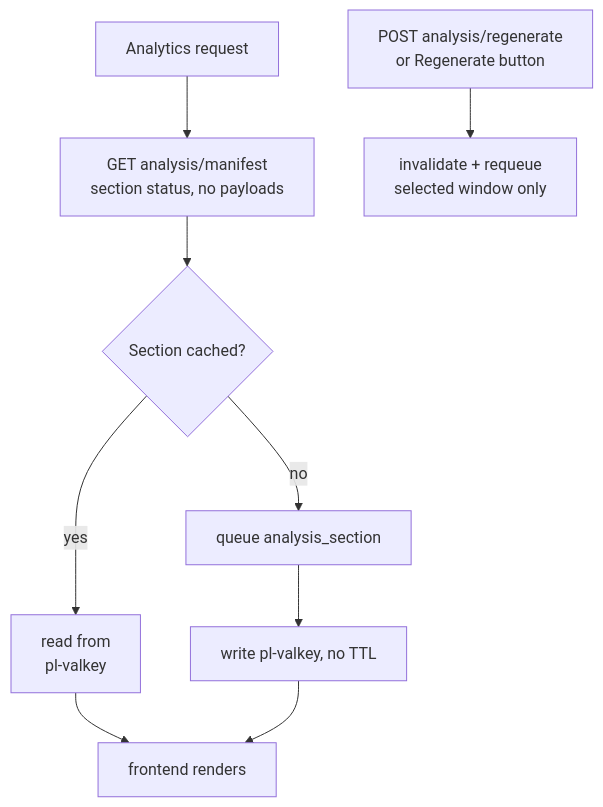
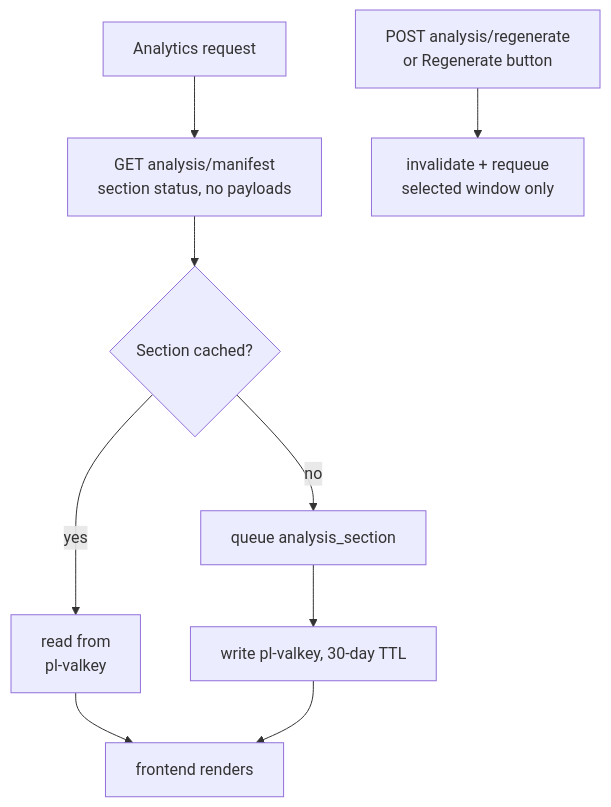
One commit to PierreStephaneVoltaire/ai-powerlifting changed the ninth of 10 diagrams in docs/ARCHITECTURE.md. Above: the diagram before and after it, drawn with Mermaid. The commit also changed other lines of this file and 8 other files, not shown here.

````diff
--- a/docs/ARCHITECTURE.md
+++ b/docs/ARCHITECTURE.md
@@ -494,11 +494,11 @@
 ```mermaid
 flowchart TB
   Req[Analytics request] --> Manifest[GET analysis/manifest\nsection status, no payloads]
   Manifest --> Need{Section cached?}
   Need -- yes --> Read[read from\npl-valkey]
   Need -- no --> Queue[queue analysis_section]
-  Queue --> Write[write pl-valkey, no TTL]
+  Queue --> Write[write pl-valkey, 30-day TTL]
   Read --> FE[frontend renders]
   Write --> FE
   Regen[POST analysis/regenerate\nor Regenerate button] --> Inv[invalidate + requeue\nselected window only]
 ```
````
